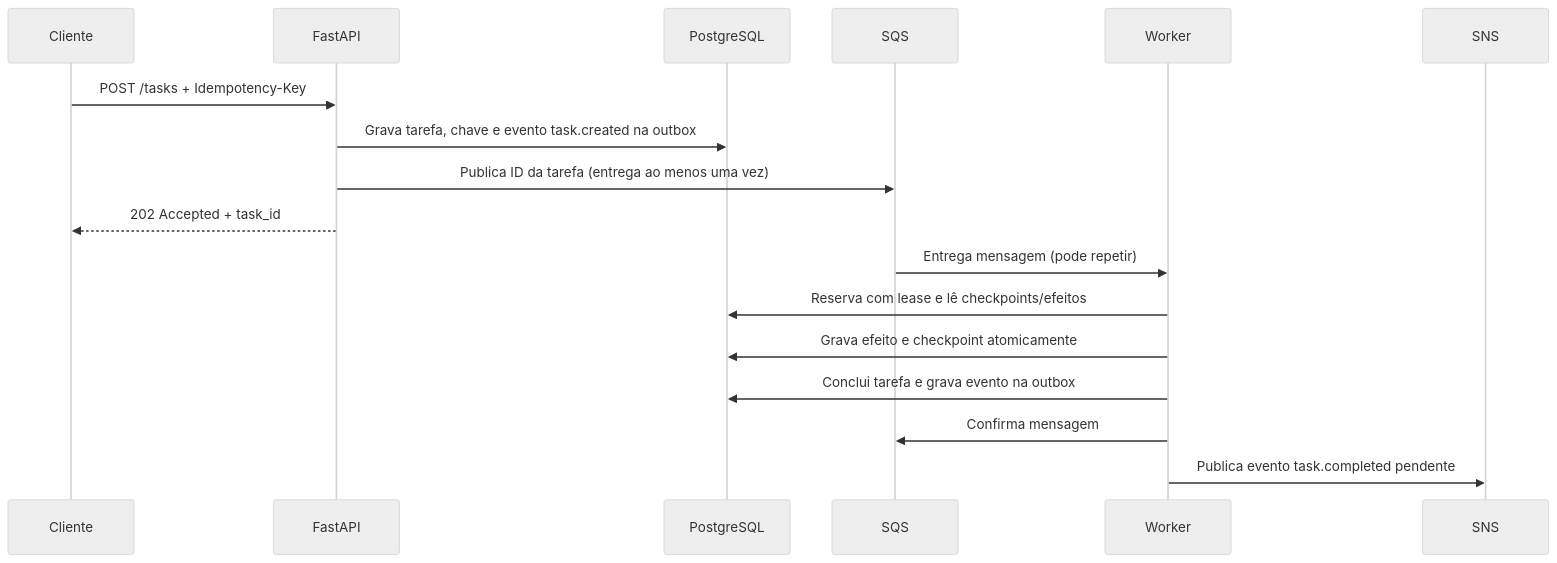
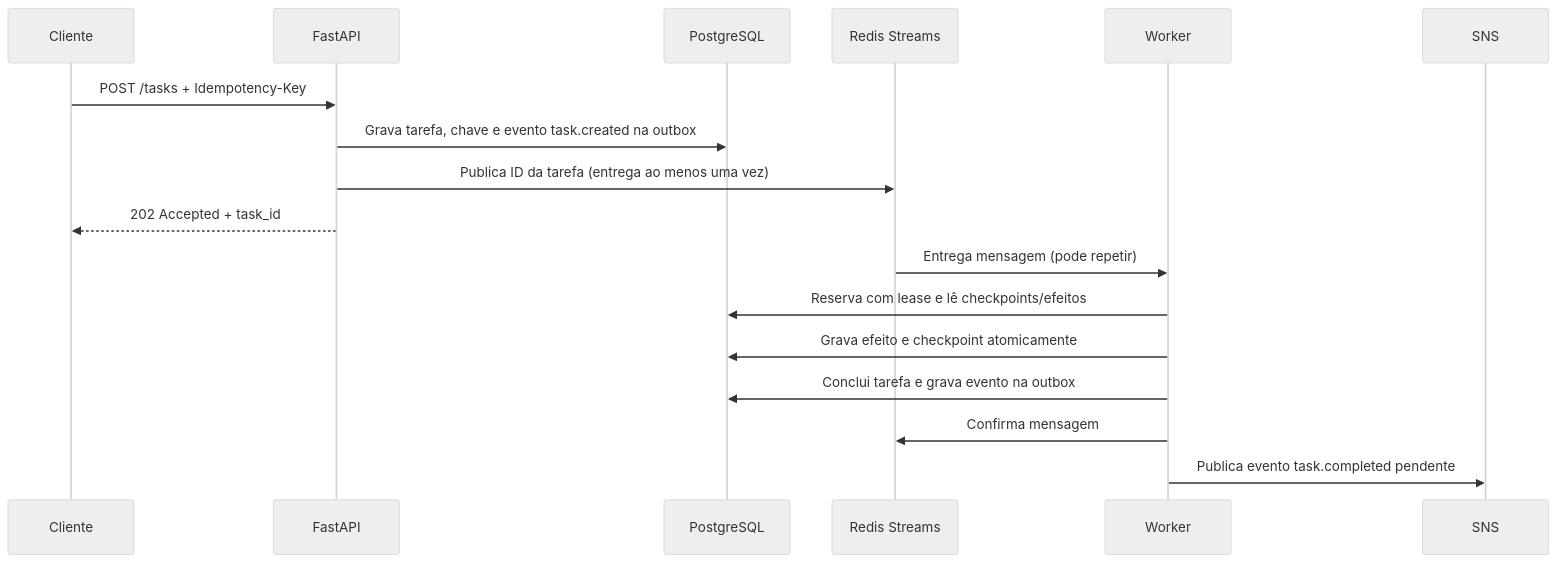
The diagram in README.pt-BR.md (DiegoVSouza/supportops-async), drawn with Mermaid (neutral theme) before and after one commit. The commit also changed other lines of this file and 16 other files, not shown here.

Commit message:
feat(queue): add Redis Streams delivery

````diff
--- a/README.pt-BR.md
+++ b/README.pt-BR.md
@@ -7,19 +7,19 @@
 ```mermaid
 sequenceDiagram
     participant C as Cliente
     participant A as FastAPI
     participant P as PostgreSQL
-    participant Q as SQS
+    participant Q as Redis Streams
     participant W as Worker
     participant S as SNS
     C->>A: POST /tasks + Idempotency-Key
     A->>P: Grava tarefa, chave e evento task.created na outbox
     A->>Q: Publica ID da tarefa (entrega ao menos uma vez)
     A-->>C: 202 Accepted + task_id
     Q->>W: Entrega mensagem (pode repetir)
     W->>P: Reserva com lease e lê checkpoints/efeitos
     W->>P: Grava efeito e checkpoint atomicamente
     W->>P: Conclui tarefa e grava evento na outbox
     W->>Q: Confirma mensagem
     W->>S: Publica evento task.completed pendente
 ```
````
